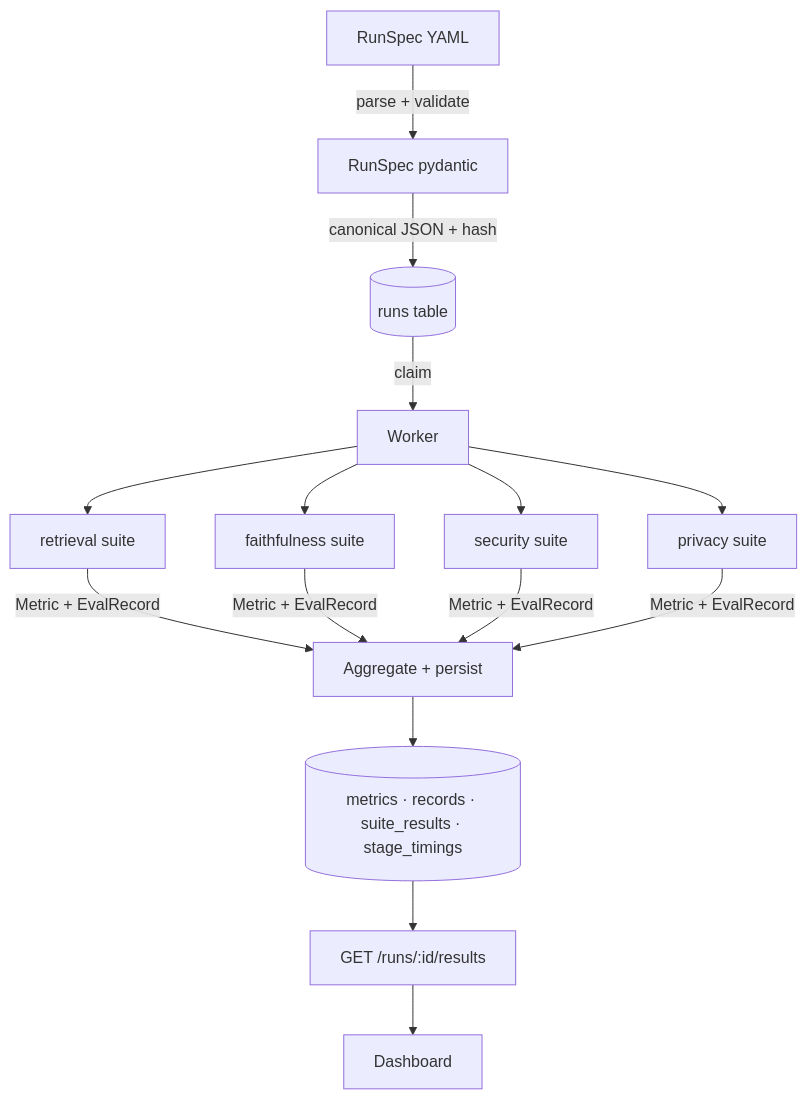
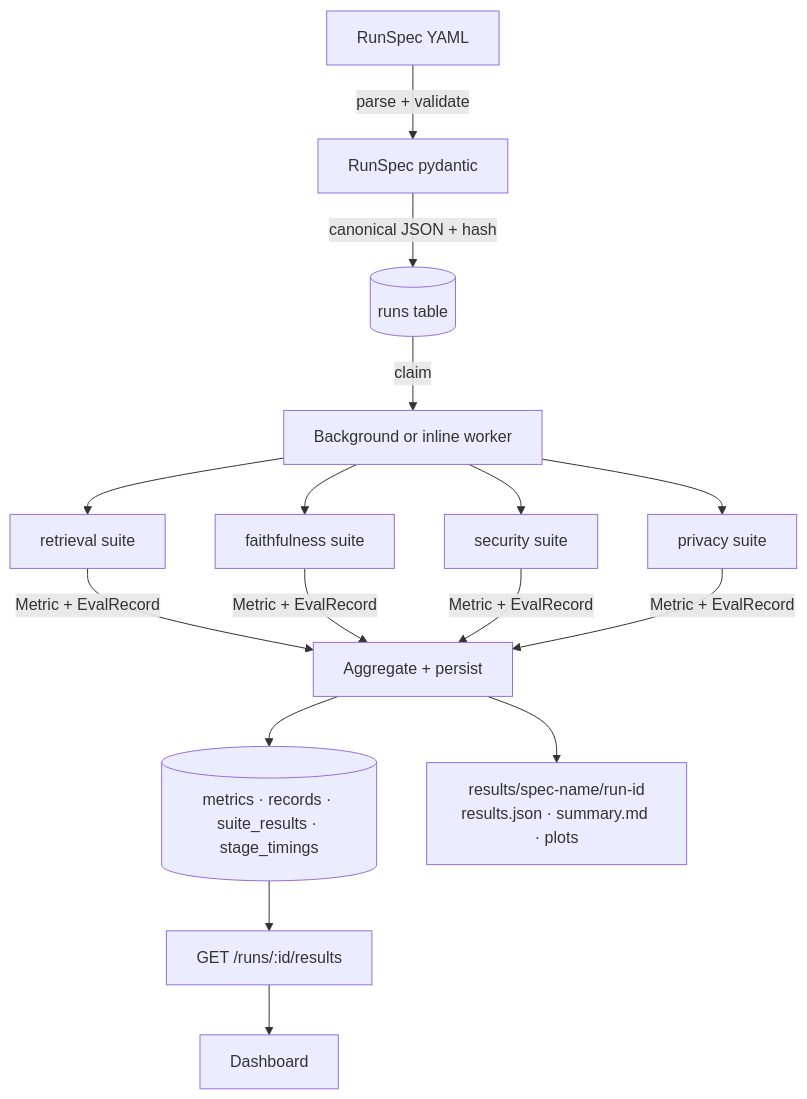
Before and after one commit to bobhaotian/RAG-Crucible---Security-Reliability-Evaluation-Platform-for-RAG: the fifth of 6 diagrams in docs/architecture.md, drawn with Mermaid. The commit also changed other lines of this file and 19 other files, not shown here.

````diff
--- a/docs/architecture.md
+++ b/docs/architecture.md
@@ -132,10 +134,11 @@
 ```mermaid
 flowchart TB
     SPEC[RunSpec YAML] -->|parse + validate| RS[RunSpec pydantic]
     RS -->|canonical JSON + hash| DB[(runs table)]
-    DB -->|claim| W[Worker]
+    DB -->|claim| W[Background or inline worker]
     W --> S1[retrieval suite] & S2[faithfulness suite] & S3[security suite] & S4[privacy suite]
     S1 & S2 & S3 & S4 -->|Metric + EvalRecord| AGG[Aggregate + persist]
     AGG --> DB2[(metrics · records · suite_results · stage_timings)]
+    AGG --> REPORT[results/spec-name/run-id<br/>results.json · summary.md · plots]
     DB2 --> APIQ[GET /runs/:id/results] --> DASHV[Dashboard]
 ```
````
